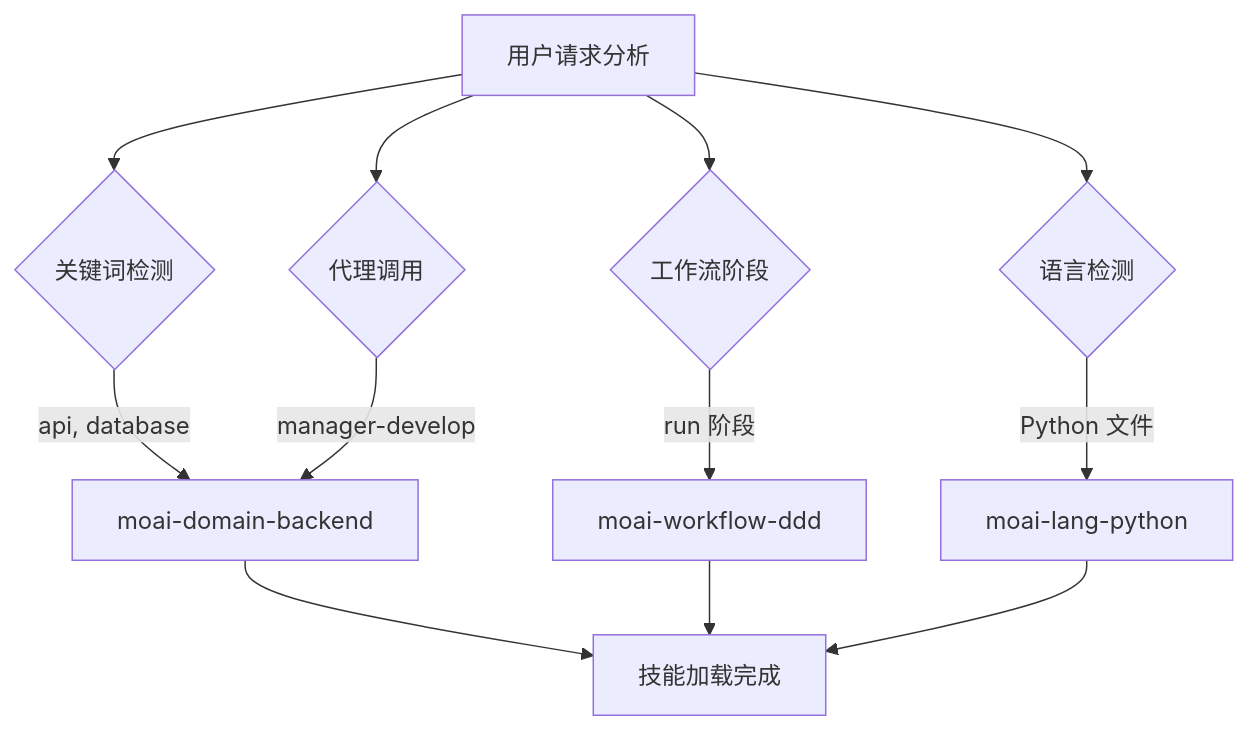
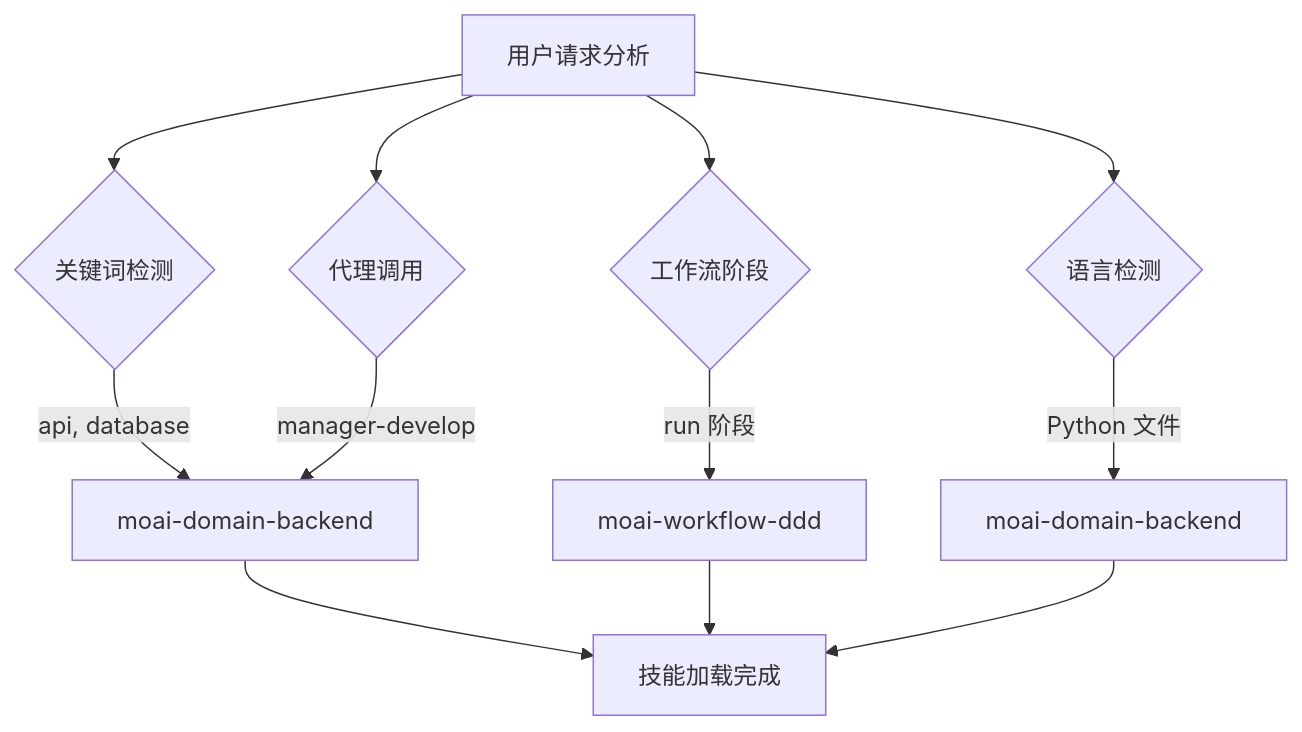
The third of 4 diagrams in docs-site/content/zh/advanced/skill-guide.md (modu-ai/moai-adk), drawn with Mermaid before and after one commit. The commit also changed other lines of this file and 19 other files, not shown here.

````diff
--- a/docs-site/content/zh/advanced/skill-guide.md
+++ b/docs-site/content/zh/advanced/skill-guide.md
@@ -168,16 +169,16 @@
 ```mermaid
 flowchart TD
     REQ[用户请求分析] --> KW{关键词检测}
     REQ --> AG{代理调用}
     REQ --> PH{工作流阶段}
     REQ --> LN{语言检测}
 
     KW -->|"api, database"| SKILL1[moai-domain-backend]
     AG -->|"manager-develop"| SKILL1
     PH -->|"run 阶段"| SKILL2[moai-workflow-ddd]
-    LN -->|"Python 文件"| SKILL3[moai-lang-python]
+    LN -->|"Python 文件"| SKILL3[moai-domain-backend]
 
     SKILL1 --> LOAD[技能加载完成]
     SKILL2 --> LOAD
     SKILL3 --> LOAD
 ```
````
